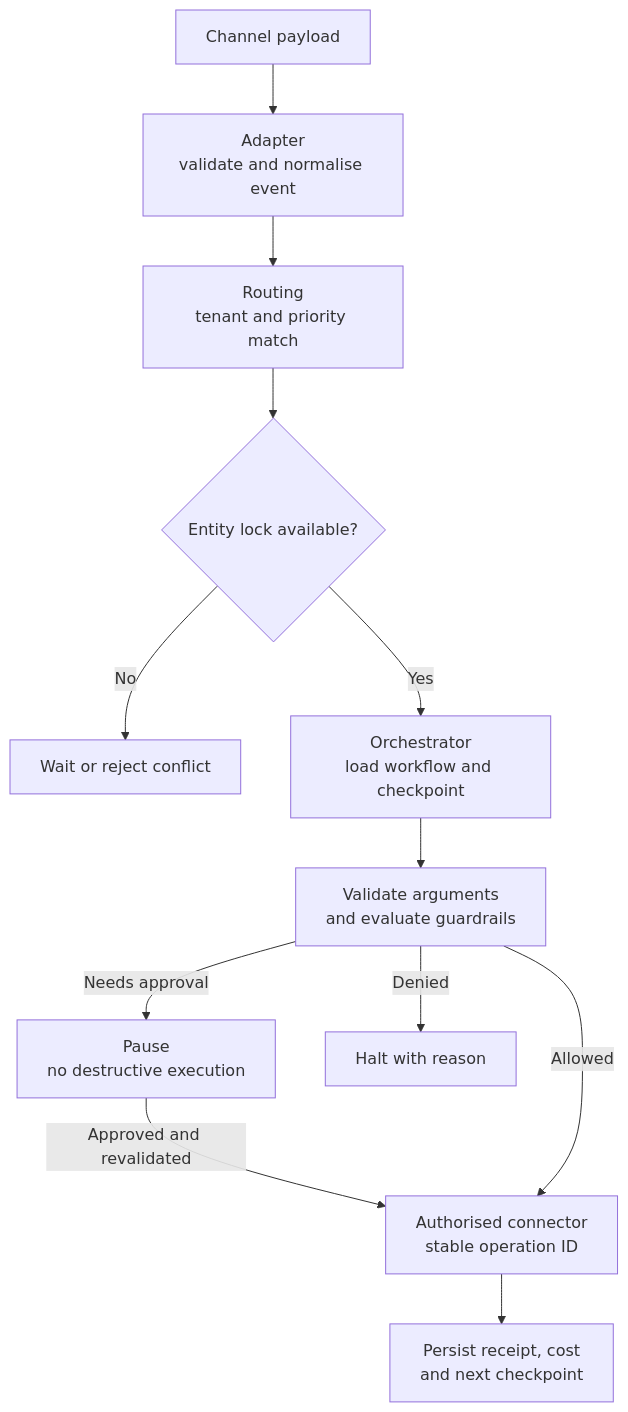
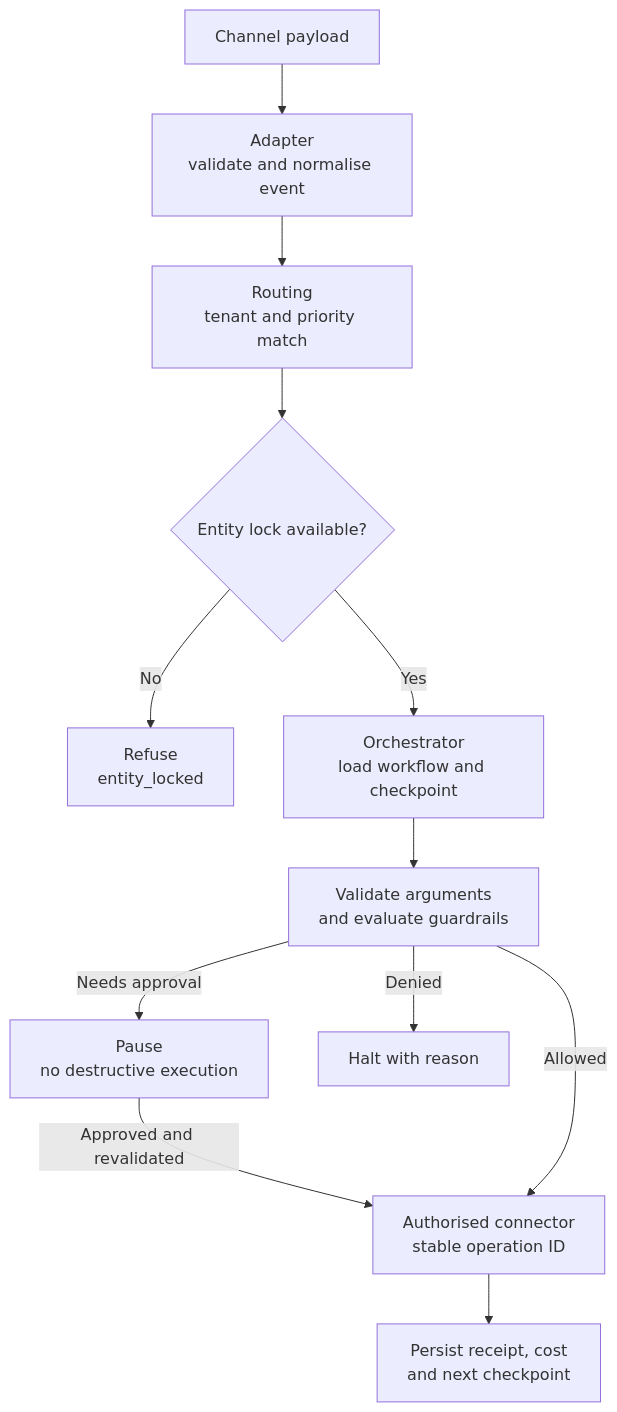
The first of 2 diagrams in 01_Concept_Tutorials/Consolidated_Lessons/T5.4_Casebook_Classic_AI_Designs/08_Safe_Workflow_Automation_for_Non_Technical_Users.md (Sourav692/Forward-Deployed-Engineer-Interview-Prep), drawn with Mermaid before and after one commit. The commit also changed other lines of this file and 143 other files, not shown here.

````diff
--- a/01_Concept_Tutorials/Consolidated_Lessons/T5.4_Casebook_Classic_AI_Designs/08_Safe_Workflow_Automation_for_Non_Technical_Users.md
+++ b/01_Concept_Tutorials/Consolidated_Lessons/T5.4_Casebook_Classic_AI_Designs/08_Safe_Workflow_Automation_for_Non_Technical_Users.md
@@ -31,14 +31,14 @@
 ```mermaid
 flowchart TB
     E["Channel payload"] --> A["Adapter<br/>validate and normalise event"]
     A --> R["Routing<br/>tenant and priority match"]
     R --> L{"Entity lock available?"}
-    L -->|No| W["Wait or reject conflict"]
+    L -->|No| W["Refuse<br/>entity_locked"]
     L -->|Yes| O["Orchestrator<br/>load workflow and checkpoint"]
     O --> V["Validate arguments<br/>and evaluate guardrails"]
     V -->|Needs approval| P["Pause<br/>no destructive execution"]
     P -->|Approved and revalidated| X["Authorised connector<br/>stable operation ID"]
     V -->|Allowed| X
     V -->|Denied| H["Halt with reason"]
     X --> C["Persist receipt, cost<br/>and next checkpoint"]
 ```
````
